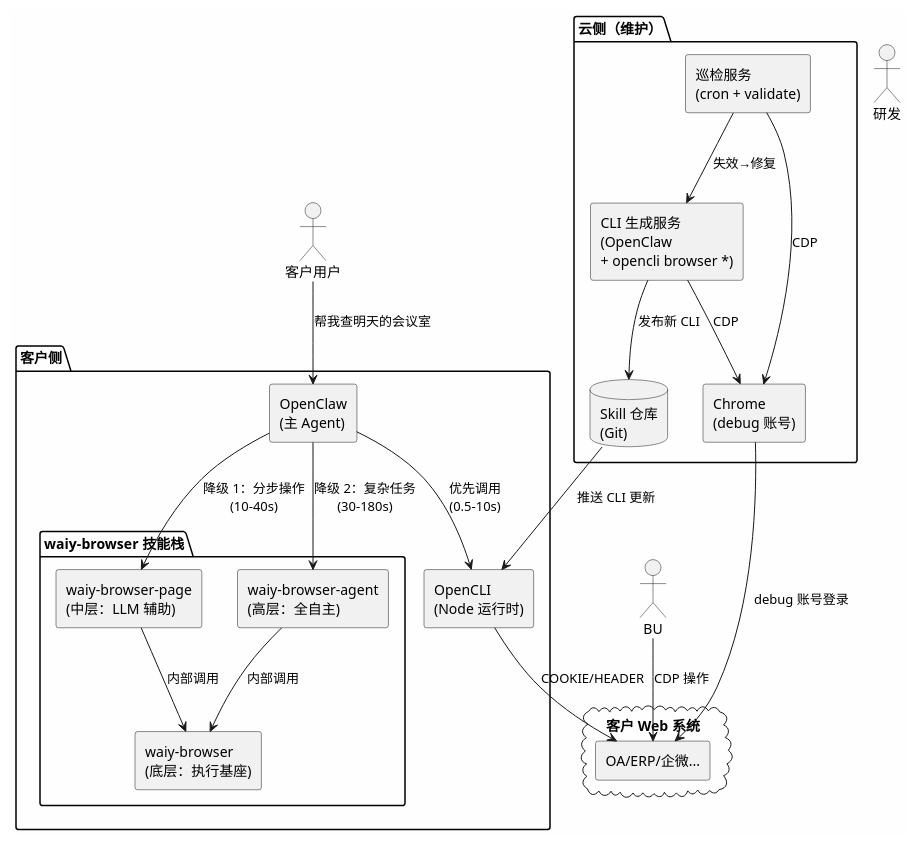
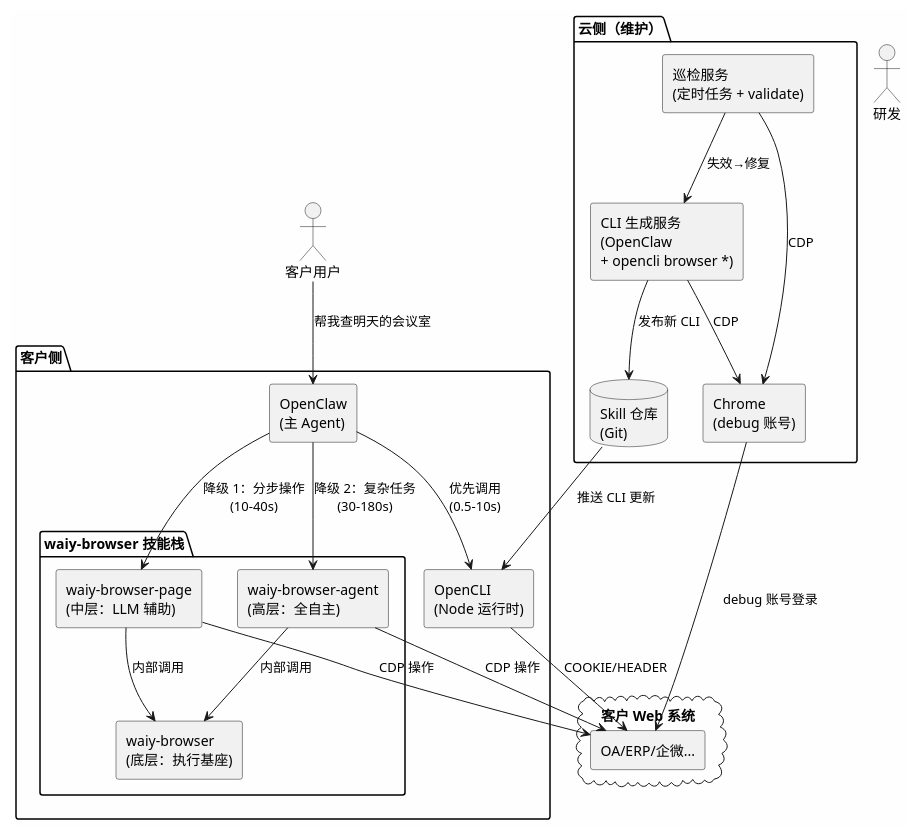
One commit to shadow-cyan/OpenCLI changed the third of 4 diagrams in doc/office-automation-architecture.md. Above: the diagram before and after it, drawn with PlantUML. The commit also changed other lines of this file, not shown here.

First line of the commit message:
docs(architecture): restructure with top-down logic flow

````diff
--- a/doc/office-automation-architecture.md
+++ b/doc/office-automation-architecture.md
@@ -305,50 +379,51 @@
 ```plantuml
 @startuml
 skinparam componentStyle rectangle
 skinparam backgroundColor #FEFEFE
 
 actor "客户用户" as User
 actor "研发" as Dev
 
 package "客户侧" {
   [OpenClaw\n(主 Agent)] as CC
   [OpenCLI\n(Node 运行时)] as OC
 
   package "waiy-browser 技能栈" {
     [waiy-browser-page\n(中层：LLM 辅助)] as BP
     [waiy-browser-agent\n(高层：全自主)] as BA
     [waiy-browser\n(底层：执行基座)] as BW
 
     BP --> BW : 内部调用
     BA --> BW : 内部调用
   }
 
   CC --> OC : 优先调用\n(0.5-10s)
   CC --> BP : 降级 1：分步操作\n(10-40s)
   CC --> BA : 降级 2：复杂任务\n(30-180s)
 }
 
 package "云侧（维护）" {
   [CLI 生成服务\n(OpenClaw\n+ opencli browser *)] as Factory
-  [巡检服务\n(cron + validate)] as Patrol
+  [巡检服务\n(定时任务 + validate)] as Patrol
   database "Skill 仓库\n(Git)" as Repo
   [Chrome\n(debug 账号)] as Chrome
 
   Factory --> Chrome : CDP
   Patrol --> Chrome : CDP
   Factory --> Repo : 发布新 CLI
   Patrol --> Factory : 失效→修复
 }
 
 cloud "客户 Web 系统" {
   [OA/ERP/企微...] as WebSys
 }
 
 User --> CC : "帮我查明天的会议室"
 Repo --> OC : 推送 CLI 更新
 OC --> WebSys : COOKIE/HEADER
-BU --> WebSys : CDP 操作
+BP --> WebSys : CDP 操作
+BA --> WebSys : CDP 操作
 Chrome --> WebSys : debug 账号登录
 
 @enduml
 ```
````
